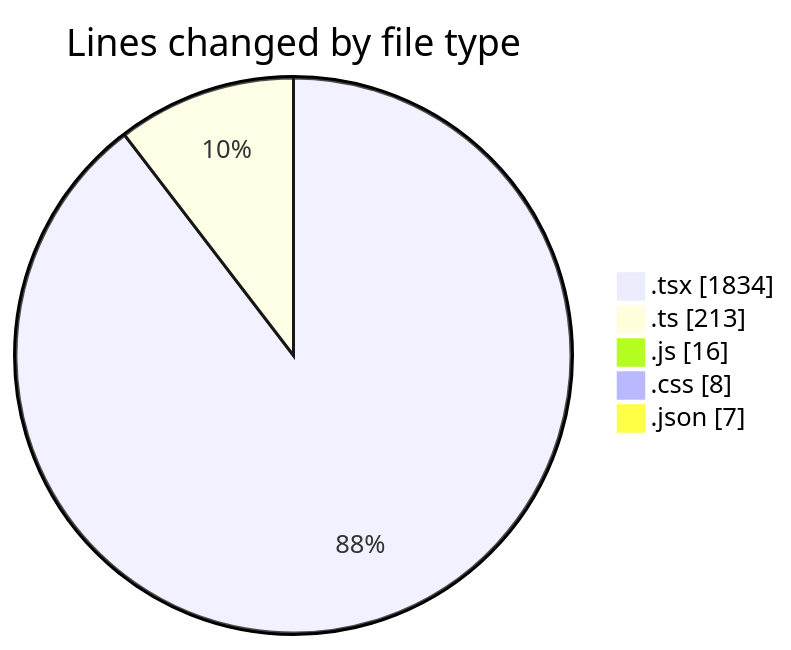
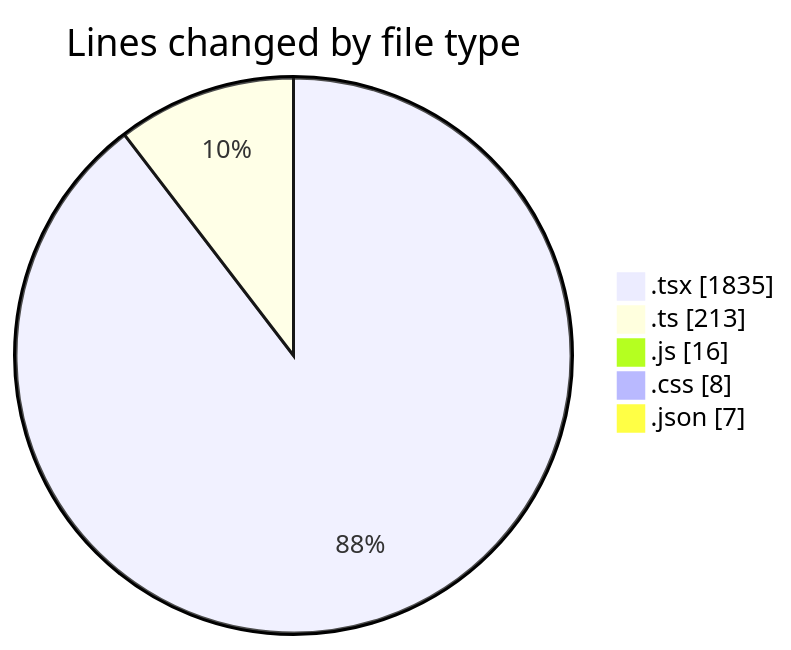
Before and after one commit to robertbonfada/code-tracking: the first of 2 diagrams in 2025-01-17/mbc-web/README.md, drawn with Mermaid. The commit also changed other lines of this file and 1 other file, not shown here.

````diff
--- a/2025-01-17/mbc-web/README.md
+++ b/2025-01-17/mbc-web/README.md
@@ -33,9 +33,9 @@
 ```mermaid
 pie showData
 title Lines changed by file type
-".tsx" : 1834
+".tsx" : 1835
 ".ts" : 213
 ".js" : 16
 ".css" : 8
 ".json" : 7
 ```
````
